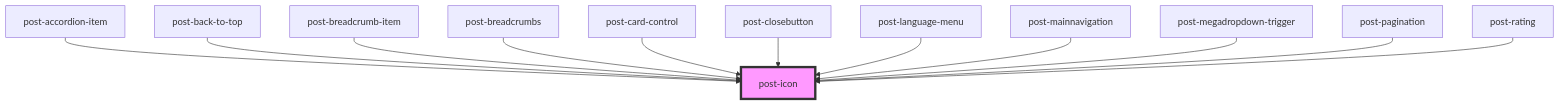
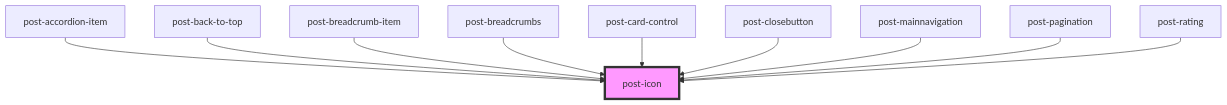
One commit to swisspost/design-system changed the diagram in packages/components/src/components/post-icon/readme.md. Above: the diagram before and after it, drawn with Mermaid. The commit also changed other lines of this file and 17 other files, not shown here.

Commit message:
feat(components): enable shadow DOM for the post-megadropdown

````diff
--- a/packages/components/src/components/post-icon/readme.md
+++ b/packages/components/src/components/post-icon/readme.md
@@ -38,15 +36,13 @@
 ```mermaid
 graph TD;
   post-accordion-item --> post-icon
   post-back-to-top --> post-icon
   post-breadcrumb-item --> post-icon
   post-breadcrumbs --> post-icon
   post-card-control --> post-icon
   post-closebutton --> post-icon
-  post-language-menu --> post-icon
   post-mainnavigation --> post-icon
-  post-megadropdown-trigger --> post-icon
   post-pagination --> post-icon
   post-rating --> post-icon
   style post-icon fill:#f9f,stroke:#333,stroke-width:4px
 ```
````
